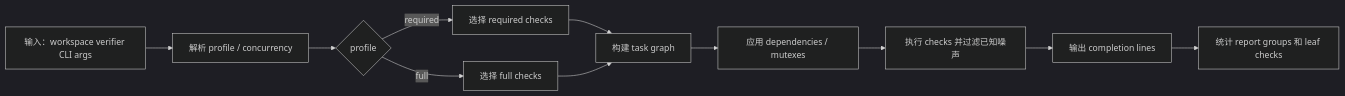
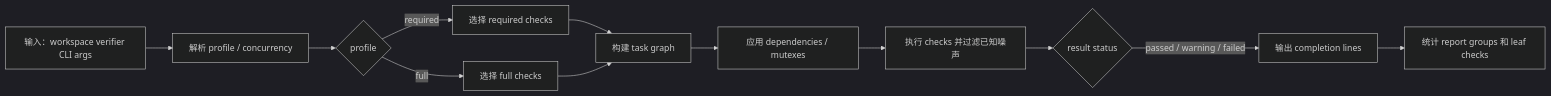
The fourth of 7 diagrams in docs/testing/cases.md (zxyycom/docnav), drawn with Mermaid (dark theme) before and after one commit. The commit also changed other lines of this file and 20 other files, not shown here.

````diff
--- a/docs/testing/cases.md
+++ b/docs/testing/cases.md
@@ -608,13 +610,14 @@
 ```mermaid
 flowchart LR
   A["输入：workspace verifier CLI args"] --> B["解析 profile / concurrency"]
   B --> C{"profile"}
   C -->|"required"| D["选择 required checks"]
   C -->|"full"| E["选择 full checks"]
   D --> F["构建 task graph"]
   E --> F
   F --> G["应用 dependencies / mutexes"]
   G --> H["执行 checks 并过滤已知噪声"]
-  H --> I["输出 completion lines"]
-  I --> J["统计 report groups 和 leaf checks"]
+  H --> I{"result status"}
+  I -->|"passed / warning / failed"| J["输出 completion lines"]
+  J --> K["统计 report groups 和 leaf checks"]
 ```
````
